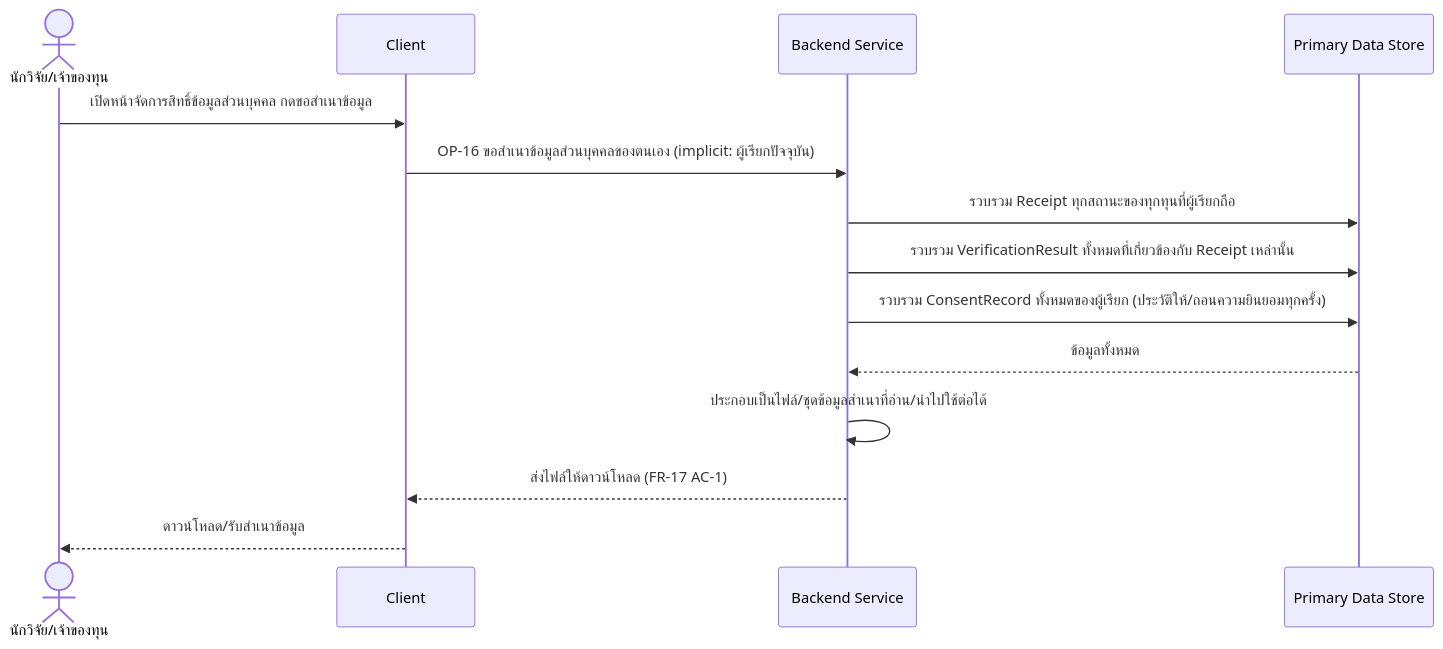
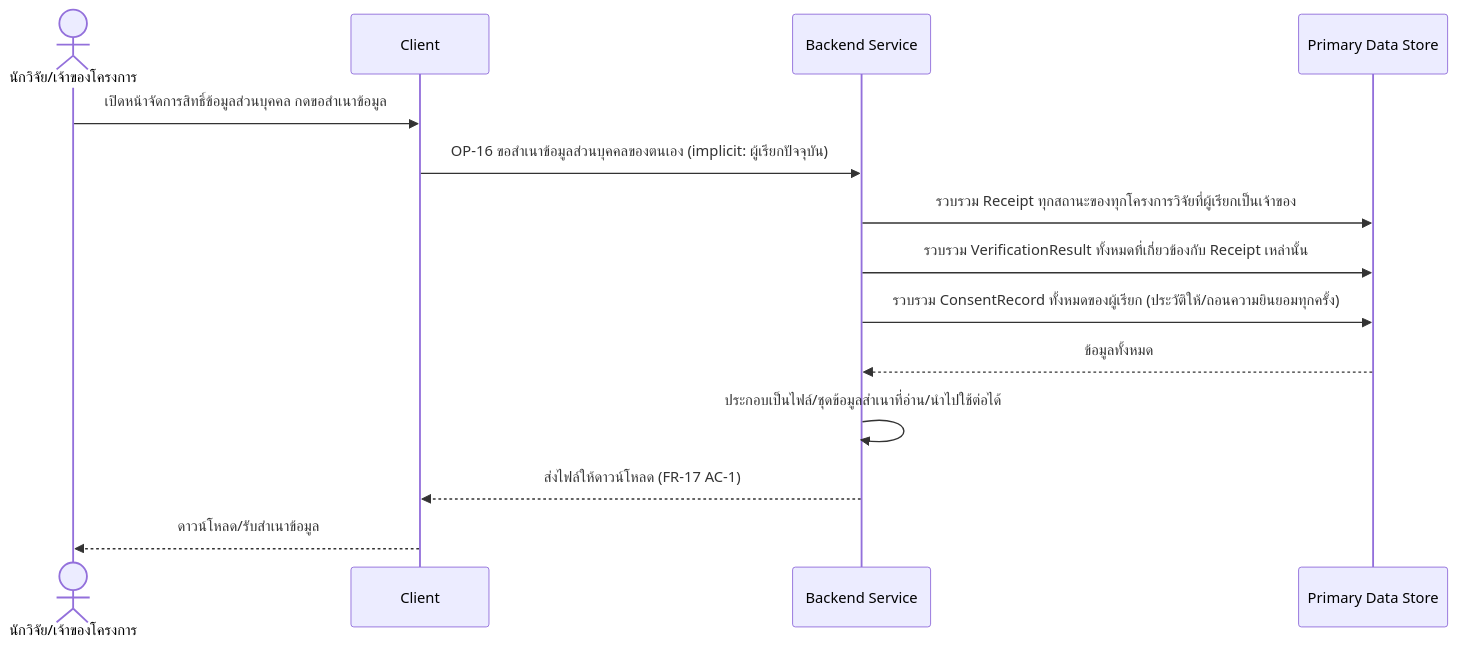
The diagram in docs/02-design/02-technical/detailed-design/data-access-portability.md (ptrsswnr/Grant-Receipt-Assistant), drawn with Mermaid before and after one commit. The commit also changed other lines of this file and 18 other files, not shown here.

````diff
--- a/docs/02-design/02-technical/detailed-design/data-access-portability.md
+++ b/docs/02-design/02-technical/detailed-design/data-access-portability.md
@@ -29,17 +32,17 @@
 ```mermaid
 sequenceDiagram
-    actor R as นักวิจัย/เจ้าของทุน
+    actor R as นักวิจัย/เจ้าของโครงการ
     participant C as Client
     participant B as Backend Service
     participant DS as Primary Data Store
 
     R->>C: เปิดหน้าจัดการสิทธิ์ข้อมูลส่วนบุคคล กดขอสำเนาข้อมูล
     C->>B: OP-16 ขอสำเนาข้อมูลส่วนบุคคลของตนเอง (implicit: ผู้เรียกปัจจุบัน)
-    B->>DS: รวบรวม Receipt ทุกสถานะของทุกทุนที่ผู้เรียกถือ
+    B->>DS: รวบรวม Receipt ทุกสถานะของทุกโครงการวิจัยที่ผู้เรียกเป็นเจ้าของ
     B->>DS: รวบรวม VerificationResult ทั้งหมดที่เกี่ยวข้องกับ Receipt เหล่านั้น
     B->>DS: รวบรวม ConsentRecord ทั้งหมดของผู้เรียก (ประวัติให้/ถอนความยินยอมทุกครั้ง)
     DS-->>B: ข้อมูลทั้งหมด
     B->>B: ประกอบเป็นไฟล์/ชุดข้อมูลสำเนาที่อ่าน/นำไปใช้ต่อได้
     B-->>C: ส่งไฟล์ให้ดาวน์โหลด (FR-17 AC-1)
     C-->>R: ดาวน์โหลด/รับสำเนาข้อมูล
 ```
````
